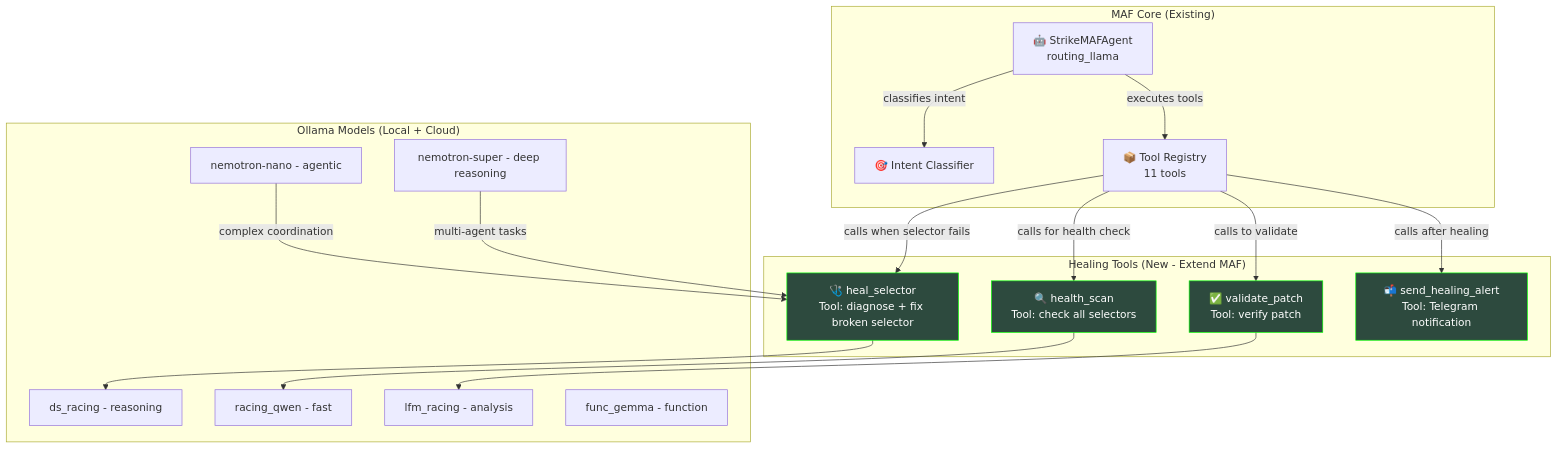
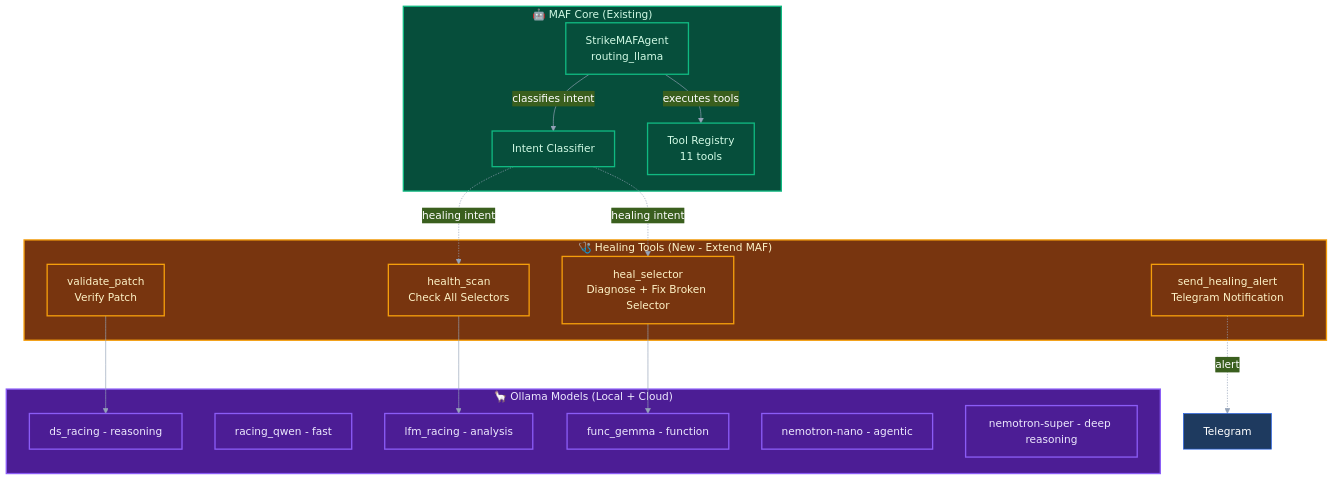
The first of 2 diagrams in docs/maf_healing_swarm_integration.md (Gmpho/strike-tips-autonomous-), drawn with Mermaid before and after one commit. The commit also changed other lines of this file and 8 other files, not shown here.

Commit message:
docs: update Mermaid diagrams and architecture documentation for the hotpatch management flow

````diff
--- a/docs/maf_healing_swarm_integration.md
+++ b/docs/maf_healing_swarm_integration.md
@@ -68,43 +68,50 @@
 ```mermaid
+%%{
+  init: {
+    'theme': 'base',
+    'themeVariables': {
+      'primaryColor': '#1E3A5F',
+      'primaryTextColor': '#FFF',
+      'primaryBorderColor': '#2563EB',
+      'lineColor': '#94A3B8'
+    }
+  }
+}%%
 graph TB
-    subgraph "MAF Core (Existing)"
-        MAF[🤖 StrikeMAFAgent<br/>routing_llama]
-        INTENT[🎯 Intent Classifier]
-        TOOLS[📦 Tool Registry<br/>11 tools]
+    classDef core fill:#064E3B,stroke:#10B981,stroke-width:2px,color:#D1FAE5
+    classDef heal fill:#78350F,stroke:#F59E0B,stroke-width:2px,color:#FEF3C7
+    classDef model fill:#4C1D95,stroke:#8B5CF6,stroke-width:2px,color:#EDE9FE
+
+    subgraph MAF_CORE["🤖 MAF Core (Existing)"]
+        MAF["StrikeMAFAgent<br/>routing_llama"]
+        INTENT["Intent Classifier"]
+        TOOLS["Tool Registry<br/>11 tools"]
     end
-    
-    subgraph "Healing Tools (New - Extend MAF)"
-        HEAL[🩺 heal_selector<br/>Tool: diagnose + fix broken selector]
-        SCAN[🔍 health_scan<br/>Tool: check all selectors]
-        VALID[✅ validate_patch<br/>Tool: verify patch]
-        NOTIF[📬 send_healing_alert<br/>Tool: Telegram notification]
+    class MAF_CORE,MAF,INTENT,TOOLS core
+
+    subgraph HEAL_TOOLS["🩺 Healing Tools (New - Extend MAF)"]
+        HEAL["heal_selector<br/>Diagnose + Fix Broken Selector"]
+        SCAN["health_scan<br/>Check All Selectors"]
+        VALID["validate_patch<br/>Verify Patch"]
+        NOTIF["send_healing_alert<br/>Telegram Notification"]
     end
-    
-    subgraph "Ollama Models (Local + Cloud)"
-        MOD1[ds_racing - reasoning]
-        MOD2[racing_qwen - fast]
-        MOD3[lfm_racing - analysis]
-        MOD4[func_gemma - function]
-        MOD5[nemotron-nano - agentic]
-        MOD6[nemotron-super - deep reasoning]
+    class HEAL_TOOLS,HEAL,SCAN,VALID,NOTIF heal
+
+    subgraph MODELS["🦙 Ollama Models (Local + Cloud)"]
+        MOD1["ds_racing - reasoning"]
+        MOD2["racing_qwen - fast"]
+        MOD3["lfm_racing - analysis"]
+        MOD4["func_gemma - function"]
+        MOD5["nemotron-nano - agentic"]
+        MOD6["nemotron-super - deep reasoning"]
     end
-    
+    class MODELS,MOD1,MOD2,MOD3,MOD4,MOD5,MOD6 model
+
     MAF -->|classifies intent| INTENT
     MAF -->|executes tools| TOOLS
-    
-    TOOLS -->|calls when selector fails| HEAL
-    TOOLS -->|calls for health check| SCAN
-    TOOLS -->|calls to validate| VALID
-    TOOLS -->|calls after healing| NOTIF
-    
-    HEAL --> MOD1
-    SCAN --> MOD2
-    VALID --> MOD3
-    MOD5 -->|complex coordination| HEAL
-    MOD6 -->|multi-agent tasks| HEAL
-    
-    style HEAL fill:#2d4a3e,stroke:#0f0,color:#fff
-    style SCAN fill:#2d4a3e,stroke:#0f0,color:#fff
-    style VALID fill:#2d4a3e,stroke:#0f0,color:#fff
-    style NOTIF fill:#2d4a3e,stroke:#0f0,color:#fff
+    INTENT -.->|healing intent| HEAL & SCAN
+    HEAL --> MOD4
+    SCAN --> MOD3
+    VALID --> MOD1
+    NOTIF -.->|alert| Telegram
 ```
````
